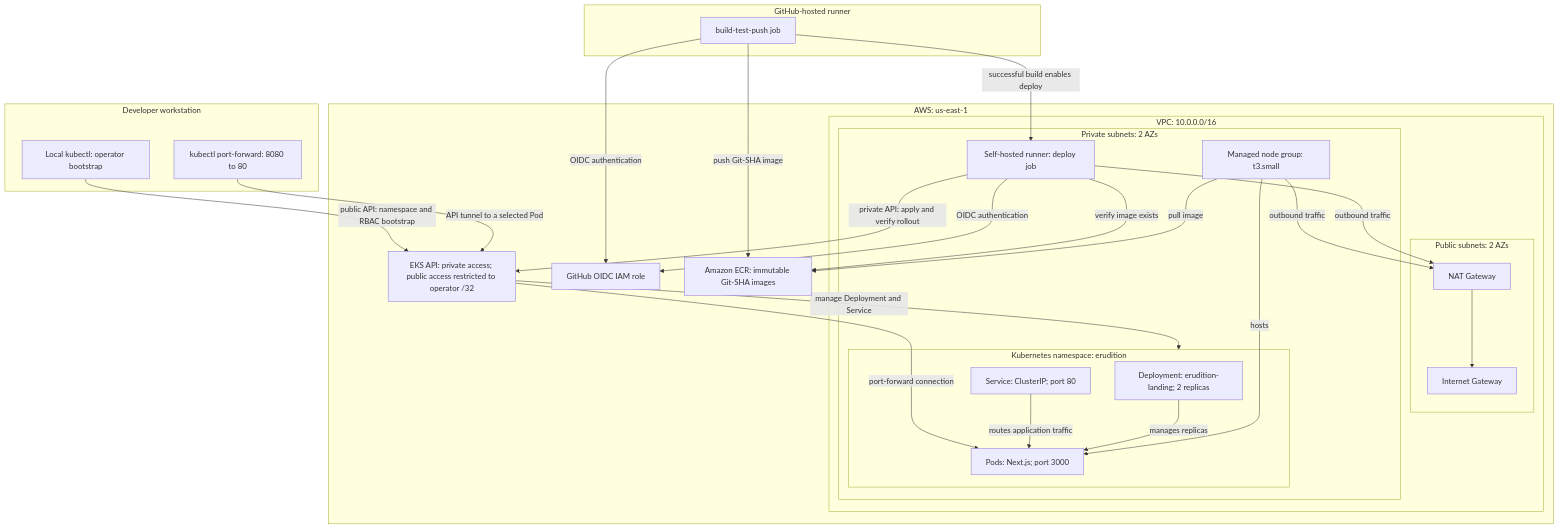
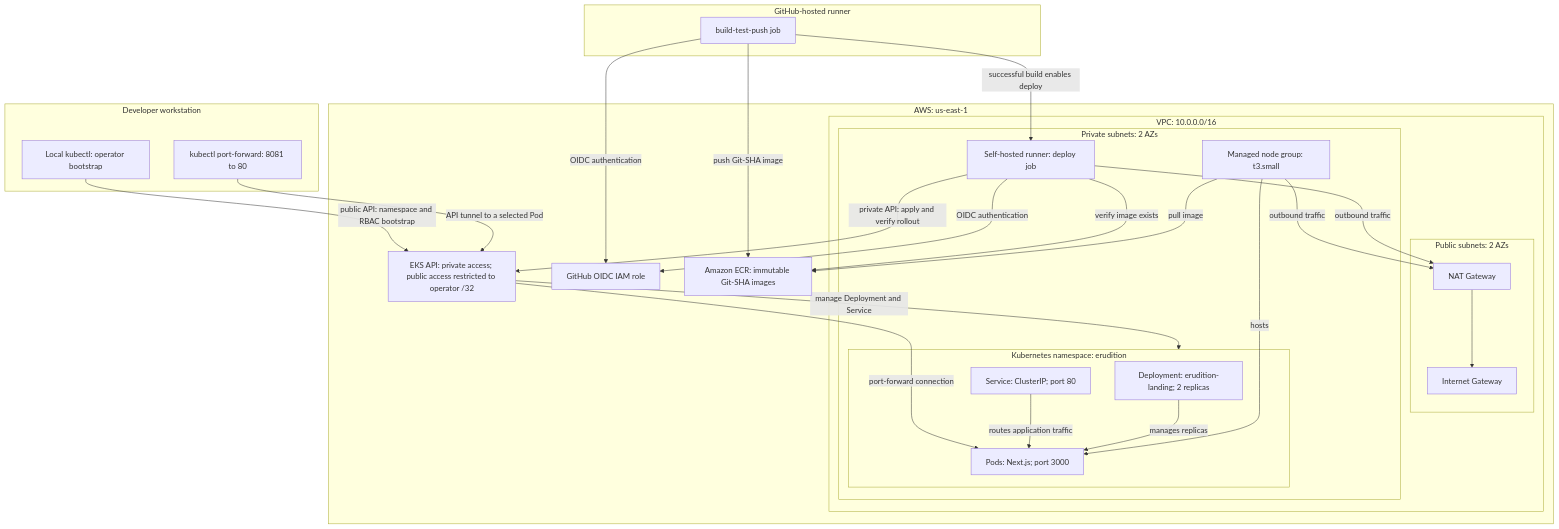
The diagram in README.md (charltonmc2024/eks-github-actions), drawn with Mermaid before and after one commit. The commit also changed other lines of this file and 5 other files, not shown here.

````diff
--- a/README.md
+++ b/README.md
@@ -46,53 +47,53 @@
 ```mermaid
 flowchart TD
   subgraph dev["Developer workstation"]
-    KPF["kubectl port-forward: 8080 to 80"]
+    KPF["kubectl port-forward: 8081 to 80"]
     LOCAL["Local kubectl: operator bootstrap"]
   end
 
   subgraph gha["GitHub-hosted runner"]
     WF["build-test-push job"]
   end
 
   subgraph aws["AWS: us-east-1"]
     IAM["GitHub OIDC IAM role"]
     ECR["Amazon ECR: immutable Git-SHA images"]
     API["EKS API: private access; public access restricted to operator /32"]
 
     subgraph vpc["VPC: 10.0.0.0/16"]
       subgraph pub["Public subnets: 2 AZs"]
         IGW["Internet Gateway"]
         NAT["NAT Gateway"]
       end
 
       subgraph priv["Private subnets: 2 AZs"]
         RUNNER["Self-hosted runner: deploy job"]
         NG["Managed node group: t3.small"]
         subgraph workloads["Kubernetes namespace: erudition"]
           DEP["Deployment: erudition-landing; 2 replicas"]
           SVC["Service: ClusterIP; port 80"]
           PODS["Pods: Next.js; port 3000"]
         end
       end
     end
   end
 
   WF -- "OIDC authentication" --> IAM
   WF -- "push Git-SHA image" --> ECR
   WF -- "successful build enables deploy" --> RUNNER
   RUNNER -- "OIDC authentication" --> IAM
   RUNNER -- "verify image exists" --> ECR
   RUNNER -- "private API: apply and verify rollout" --> API
   LOCAL -- "public API: namespace and RBAC bootstrap" --> API
   API -- "manage Deployment and Service" --> workloads
   NG -- "pull image" --> ECR
   NG -- "outbound traffic" --> NAT
   RUNNER -- "outbound traffic" --> NAT
   NAT --> IGW
   KPF -- "API tunnel to a selected Pod" --> API
   API -- "port-forward connection" --> PODS
   SVC -- "routes application traffic" --> PODS
   DEP -- "manages replicas" --> PODS
   NG -- "hosts" --> PODS
 
 ```
````
